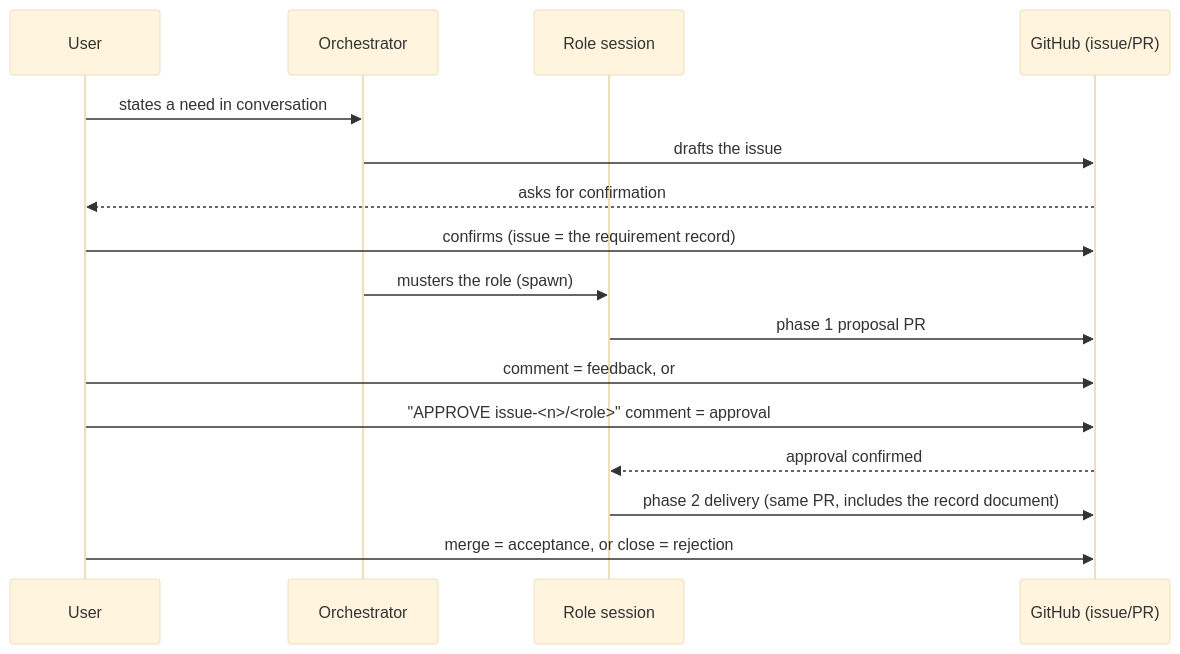
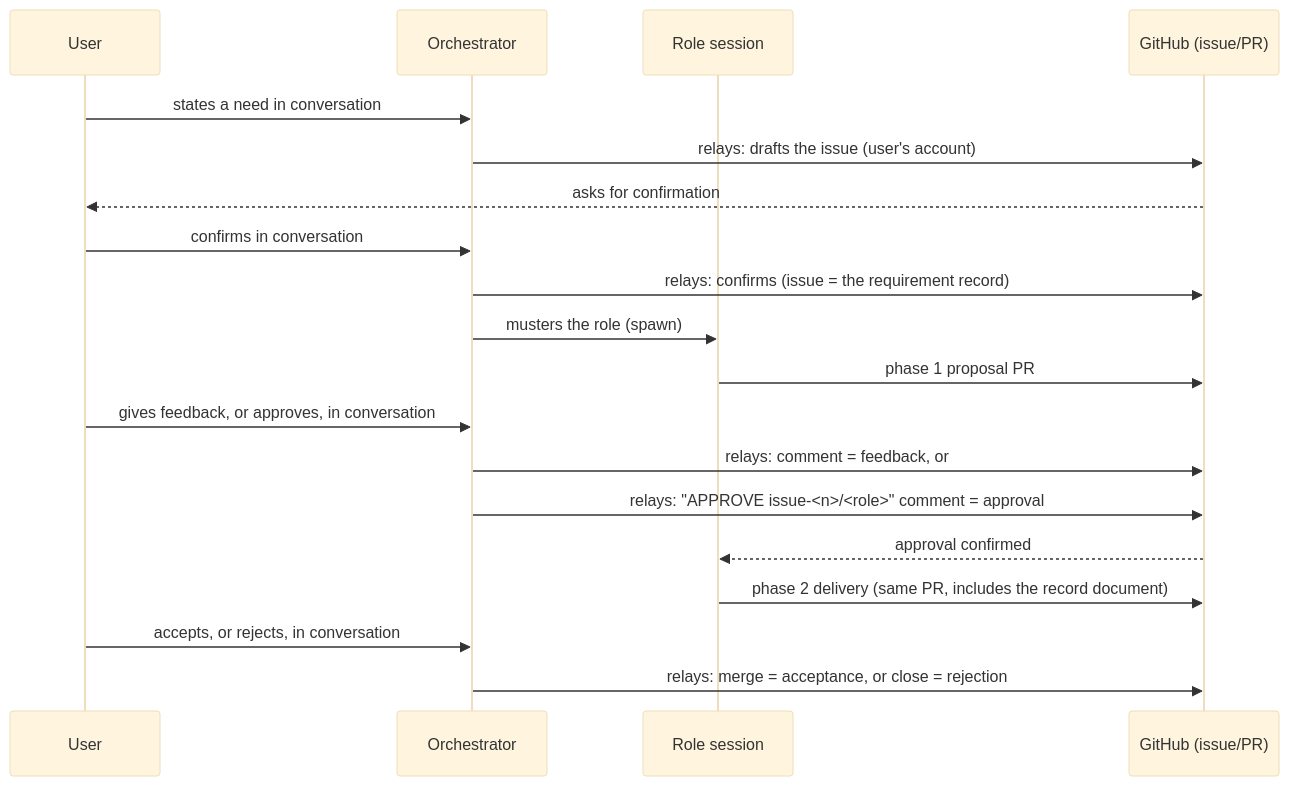
The first of 2 diagrams in README.md (tokenmaxxxer/muster), drawn with Mermaid (base theme) before and after one commit. The commit also changed other lines of this file and 1 other file, not shown here.

First line of the commit message:
issue-241: fix user-loop diagram to show conversation->orchestrator relay

````diff
--- a/README.md
+++ b/README.md
@@ -41,19 +43,22 @@
 ```mermaid
 sequenceDiagram
     participant U as User
     participant O as Orchestrator
     participant R as Role session
     participant G as GitHub (issue/PR)
 
     U->>O: states a need in conversation
-    O->>G: drafts the issue
+    O->>G: relays: drafts the issue (user's account)
     G-->>U: asks for confirmation
-    U->>G: confirms (issue = the requirement record)
+    U->>O: confirms in conversation
+    O->>G: relays: confirms (issue = the requirement record)
     O->>R: musters the role (spawn)
     R->>G: phase 1 proposal PR
-    U->>G: comment = feedback, or
-    U->>G: "APPROVE issue-<n>/<role>" comment = approval
+    U->>O: gives feedback, or approves, in conversation
+    O->>G: relays: comment = feedback, or
+    O->>G: relays: "APPROVE issue-<n>/<role>" comment = approval
     G-->>R: approval confirmed
     R->>G: phase 2 delivery (same PR, includes the record document)
-    U->>G: merge = acceptance, or close = rejection
+    U->>O: accepts, or rejects, in conversation
+    O->>G: relays: merge = acceptance, or close = rejection
 ```
````
